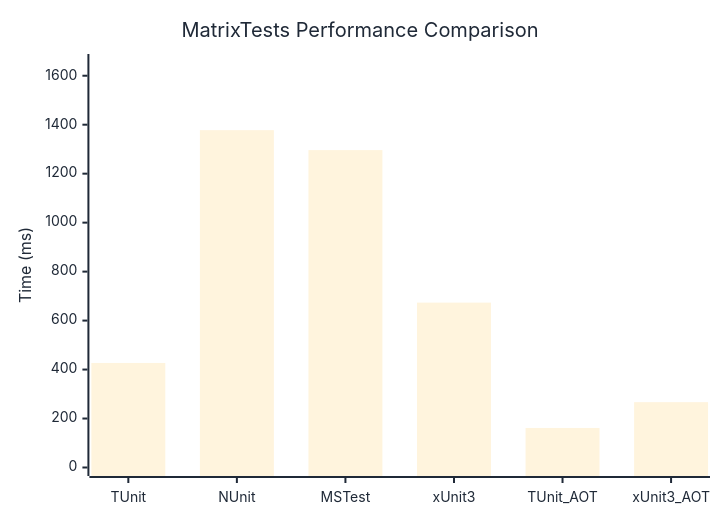
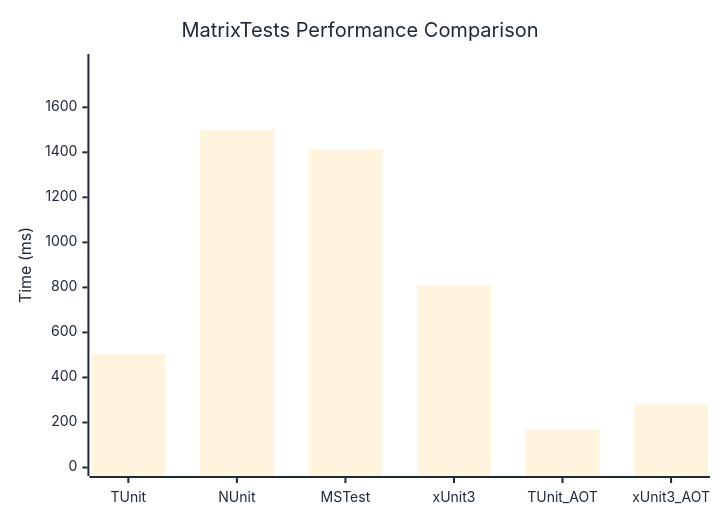
One commit to thomhurst/TUnit changed the diagram in docs/docs/benchmarks/engine/MatrixTests.md. Above: the diagram before and after it, drawn with Mermaid. The commit also changed other lines of this file and 18 other files, not shown here.

````diff
--- a/docs/docs/benchmarks/engine/MatrixTests.md
+++ b/docs/docs/benchmarks/engine/MatrixTests.md
@@ -30,37 +30,37 @@
 ```mermaid
 %%{init: {
   'theme':'base',
   'themeVariables': {
     'primaryColor': '#2563eb',
     'primaryTextColor': '#1f2937',
     'primaryBorderColor': '#1e40af',
     'lineColor': '#6b7280',
     'secondaryColor': '#7c3aed',
     'tertiaryColor': '#dc2626',
     'background': '#ffffff',
     'mainBkg': '#2563eb',
     'secondBkg': '#7c3aed',
     'tertiaryBkg': '#dc2626',
     'clusterBkg': '#f3f4f6',
     'edgeLabelBackground': '#ffffff',
     'tertiaryTextColor': '#1f2937',
     'pie1': '#2563eb',
     'pie2': '#7c3aed',
     'pie3': '#dc2626',
     'pie4': '#f59e0b',
     'pie5': '#10b981',
     'pie6': '#06b6d4',
     'pie7': '#ec4899',
     'pie8': '#6366f1',
     'pie9': '#84cc16',
     'pie10': '#f97316',
     'pie11': '#14b8a6',
     'pie12': '#a855f7'
   }
 }}%%
 xychart-beta
   title "MatrixTests Performance Comparison"
   x-axis ["TUnit", "NUnit", "MSTest", "xUnit3", "TUnit_AOT", "xUnit3_AOT"]
-  y-axis "Time (ms)" 0 --> 1654
-  bar [426.9, 1377.7, 1296.2, 673.4, 161.5, 266.9]
+  y-axis "Time (ms)" 0 --> 1799
+  bar [505, 1498.9, 1413, 809.5, 168.3, 280.5]
 ```
````
